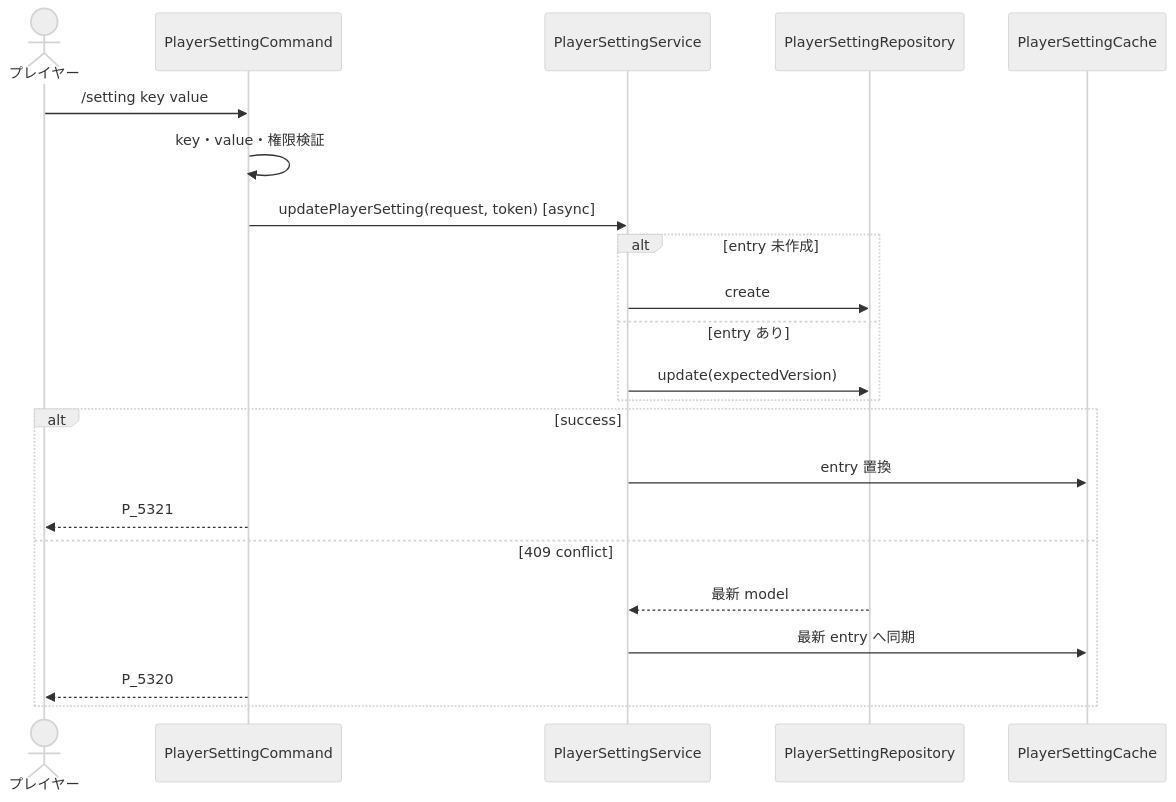
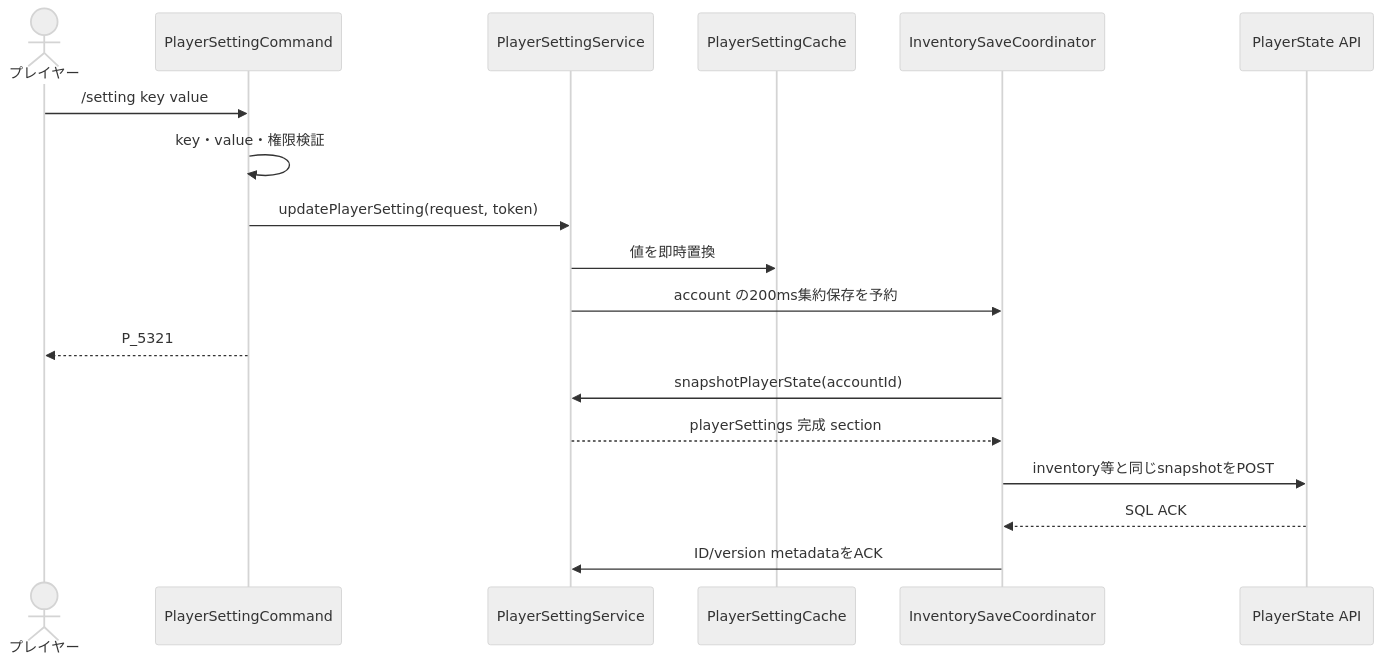
The second of 3 diagrams in 00_docs/10_Plugin設計書/feature/11-player-setting/11_4-統合フロー.md (maaasu/AstralRecord-Workspace), drawn with Mermaid (neutral theme) before and after one commit. The commit also changed other lines of this file and 213 other files, not shown here.

````diff
--- a/00_docs/10_Plugin設計書/feature/11-player-setting/11_4-統合フロー.md
+++ b/00_docs/10_Plugin設計書/feature/11-player-setting/11_4-統合フロー.md
@@ -44,25 +44,21 @@
 ```mermaid
 sequenceDiagram
     actor Player as プレイヤー
     participant Command as PlayerSettingCommand
     participant Service as PlayerSettingService
-    participant Repo as PlayerSettingRepository
     participant Cache as PlayerSettingCache
+    participant Save as InventorySaveCoordinator
+    participant API as PlayerState API
 
     Player->>Command: /setting key value
     Command->>Command: key・value・権限検証
-    Command->>Service: updatePlayerSetting(request, token) [async]
-    alt entry 未作成
-        Service->>Repo: create
-    else entry あり
-        Service->>Repo: update(expectedVersion)
-    end
-    alt success
-        Service->>Cache: entry 置換
-        Command-->>Player: P_5321
-    else 409 conflict
-        Repo-->>Service: 最新 model
-        Service->>Cache: 最新 entry へ同期
-        Command-->>Player: P_5320
-    end
+    Command->>Service: updatePlayerSetting(request, token)
+    Service->>Cache: 値を即時置換
+    Service->>Save: account の200ms集約保存を予約
+    Command-->>Player: P_5321
+    Save->>Service: snapshotPlayerState(accountId)
+    Service-->>Save: playerSettings 完成 section
+    Save->>API: inventory等と同じsnapshotをPOST
+    API-->>Save: SQL ACK
+    Save->>Service: ID/version metadataをACK
 ```
````
